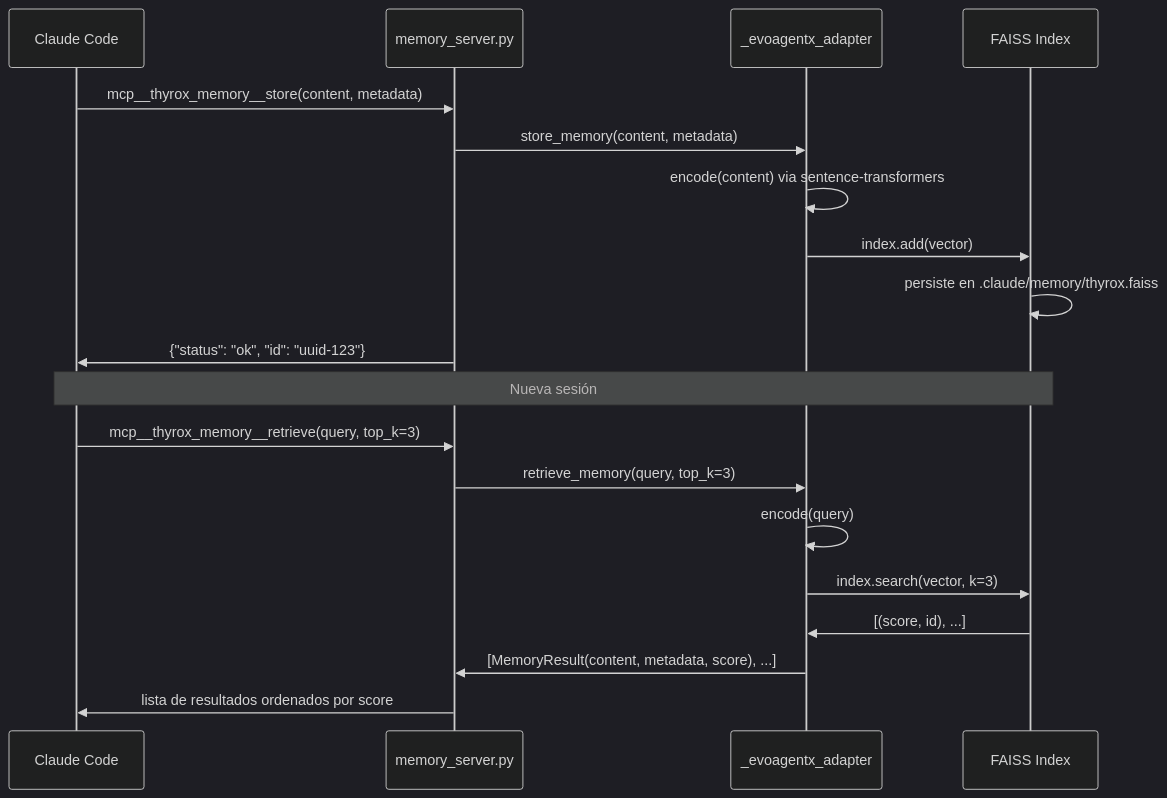
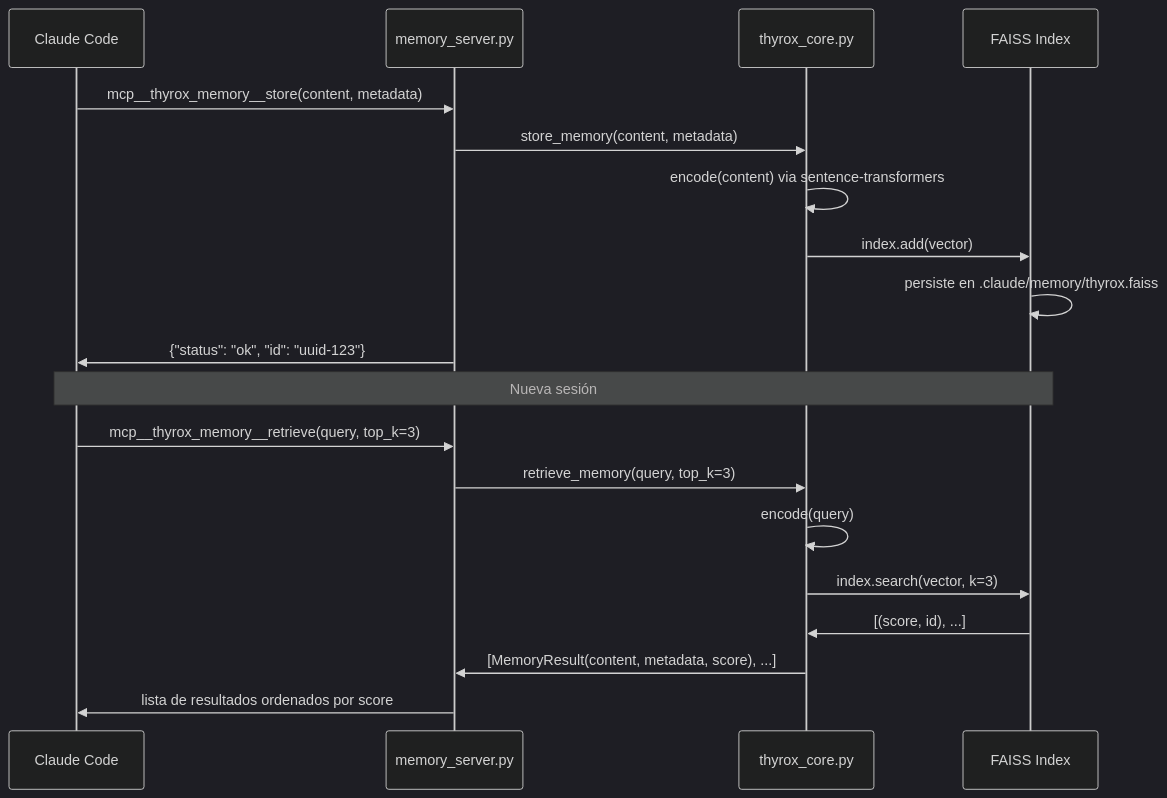
One commit to NestorMonroy/thyrox changed the third of 5 diagrams in .claude/context/work/2026-04-05-01-09-22-thyrox-capabilities-integration/thyrox-capabilities-integration-design.md. Above: the diagram before and after it, drawn with Mermaid (dark theme). The commit also changed other lines of this file and 4 other files, not shown here.

````diff
--- a/.claude/context/work/2026-04-05-01-09-22-thyrox-capabilities-integration/thyrox-capabilities-integration-design.md
+++ b/.claude/context/work/2026-04-05-01-09-22-thyrox-capabilities-integration/thyrox-capabilities-integration-design.md
@@ -120,24 +118,24 @@
 ```mermaid
 sequenceDiagram
     participant CL as Claude Code
     participant MS as memory_server.py
-    participant AD as _evoagentx_adapter
+    participant TC as thyrox_core.py
     participant FA as FAISS Index
 
     CL->>MS: mcp__thyrox_memory__store(content, metadata)
-    MS->>AD: store_memory(content, metadata)
-    AD->>AD: encode(content) via sentence-transformers
-    AD->>FA: index.add(vector)
+    MS->>TC: store_memory(content, metadata)
+    TC->>TC: encode(content) via sentence-transformers
+    TC->>FA: index.add(vector)
     FA->>FA: persiste en .claude/memory/thyrox.faiss
     MS->>CL: {"status": "ok", "id": "uuid-123"}
 
     Note over CL,FA: Nueva sesión
 
     CL->>MS: mcp__thyrox_memory__retrieve(query, top_k=3)
-    MS->>AD: retrieve_memory(query, top_k=3)
-    AD->>AD: encode(query)
-    AD->>FA: index.search(vector, k=3)
-    FA->>AD: [(score, id), ...]
-    AD->>MS: [MemoryResult(content, metadata, score), ...]
+    MS->>TC: retrieve_memory(query, top_k=3)
+    TC->>TC: encode(query)
+    TC->>FA: index.search(vector, k=3)
+    FA->>TC: [(score, id), ...]
+    TC->>MS: [MemoryResult(content, metadata, score), ...]
     MS->>CL: lista de resultados ordenados por score
 ```
````
